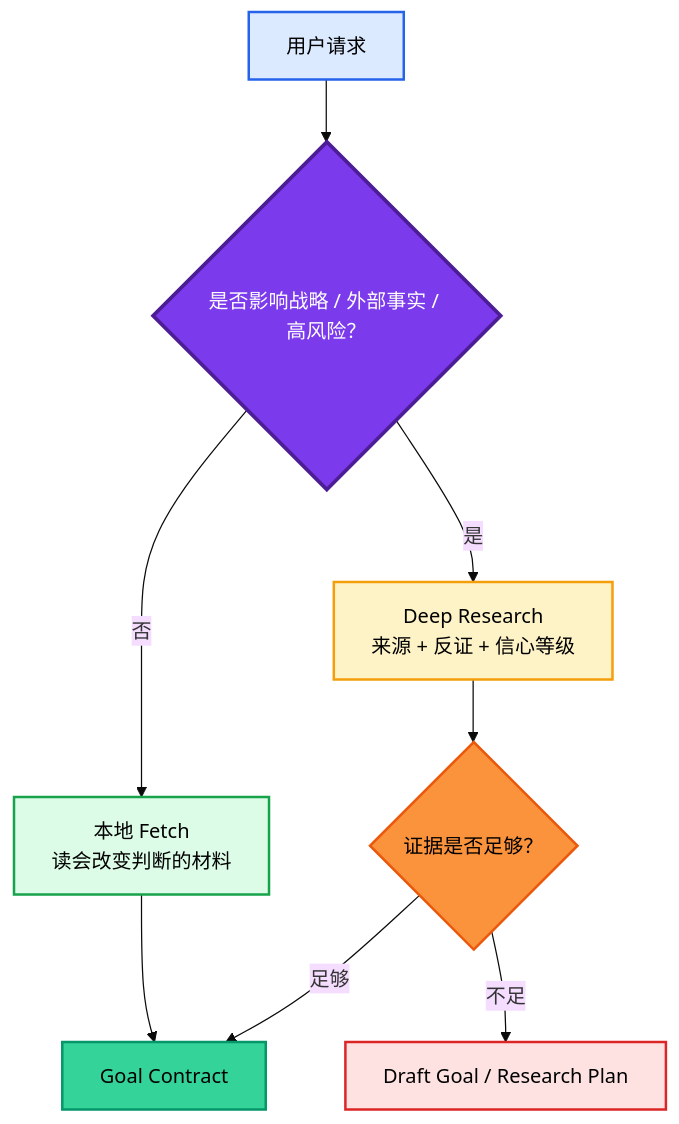
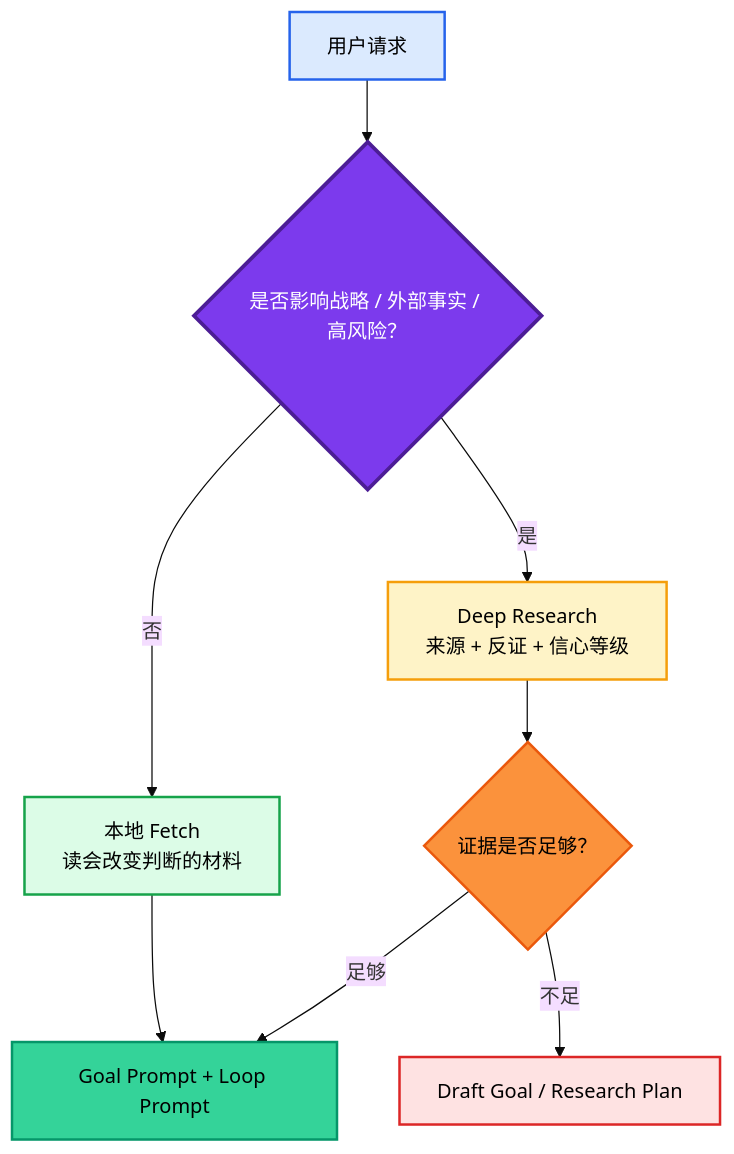
The second of 3 diagrams in README.md (KimYx0207/GoalPro), drawn with Mermaid (base theme) before and after one commit. The commit also changed other lines of this file and 8 other files, not shown here.

````diff
--- a/README.md
+++ b/README.md
@@ -260,18 +330,18 @@
 ```mermaid
 flowchart TD
     A["用户请求"] --> B{"是否影响战略 / 外部事实 / 高风险？"}
     B -->|否| C["本地 Fetch<br/>读会改变判断的材料"]
     B -->|是| D["Deep Research<br/>来源 + 反证 + 信心等级"]
-    C --> E["Goal Contract"]
+    C --> E["Goal Prompt + Loop Prompt"]
     D --> F{"证据是否足够？"}
     F -->|足够| E
     F -->|不足| G["Draft Goal / Research Plan"]
 
     style A fill:#dbeafe,stroke:#2563eb,color:#000,stroke-width:2px
     style B fill:#7c3aed,stroke:#4c1d95,color:#fff,stroke-width:3px
     style C fill:#dcfce7,stroke:#16a34a,color:#000,stroke-width:2px
     style D fill:#fef3c7,stroke:#f59e0b,color:#000,stroke-width:2px
     style E fill:#34d399,stroke:#059669,color:#000,stroke-width:2px
     style F fill:#fb923c,stroke:#ea580c,color:#000,stroke-width:2px
     style G fill:#fee2e2,stroke:#dc2626,color:#000,stroke-width:2px
 ```
````
